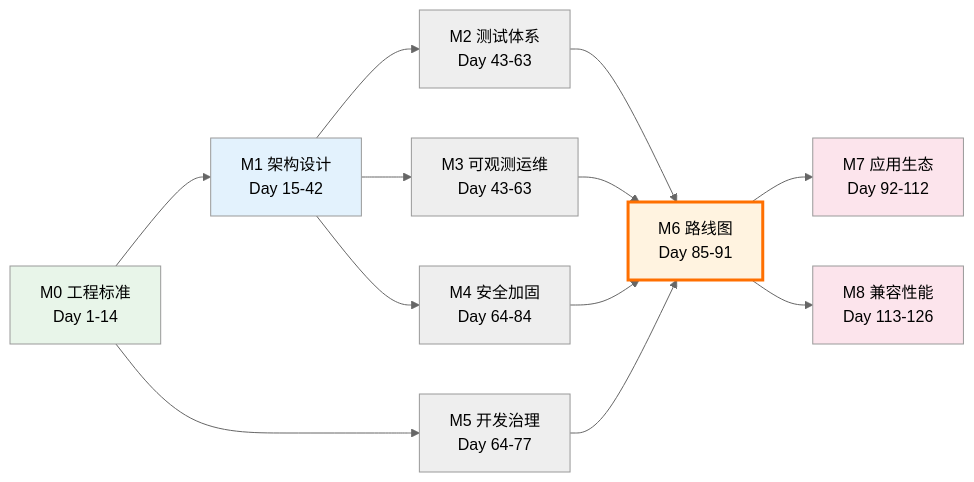
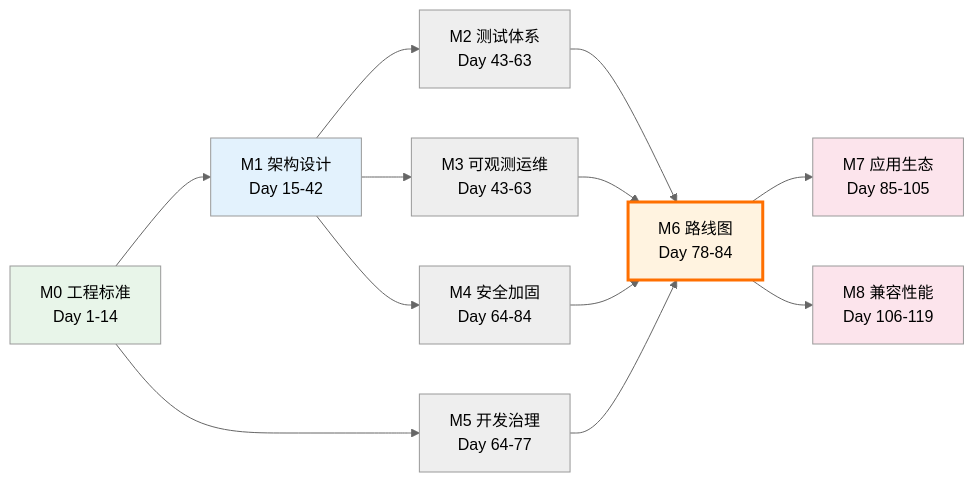
One commit to openairymax/docs changed the second of 2 diagrams in AirymaxOS/130-roadmap/02-milestones-and-timeline.md. Above: the diagram before and after it, drawn with Mermaid (neutral theme). The commit also changed other lines of this file and 135 other files, not shown here.

````diff
--- a/AirymaxOS/130-roadmap/02-milestones-and-timeline.md
+++ b/AirymaxOS/130-roadmap/02-milestones-and-timeline.md
@@ -518,19 +518,19 @@
 ```mermaid
 graph LR
     M0[M0 工程标准<br/>Day 1-14] --> M1[M1 架构设计<br/>Day 15-42]
     M0 --> M5[M5 开发治理<br/>Day 64-77]
     M1 --> M2[M2 测试体系<br/>Day 43-63]
     M1 --> M3[M3 可观测运维<br/>Day 43-63]
     M1 --> M4[M4 安全加固<br/>Day 64-84]
-    M2 --> M6[M6 路线图<br/>Day 85-91]
+    M2 --> M6[M6 路线图<br/>Day 78-84]
     M3 --> M6
     M4 --> M6
     M5 --> M6
-    M6 --> M7[M7 应用生态<br/>Day 92-112]
-    M6 --> M8[M8 兼容性能<br/>Day 113-126]
+    M6 --> M7[M7 应用生态<br/>Day 85-105]
+    M6 --> M8[M8 兼容性能<br/>Day 106-119]
     style M0 fill:#e8f5e9
     style M1 fill:#e3f2fd
     style M6 fill:#fff3e0,stroke:#ff6f00,stroke-width:3px
     style M7 fill:#fce4ec
     style M8 fill:#fce4ec
 ```
````
